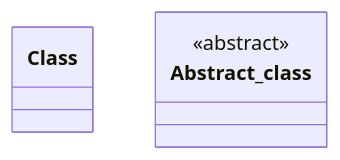
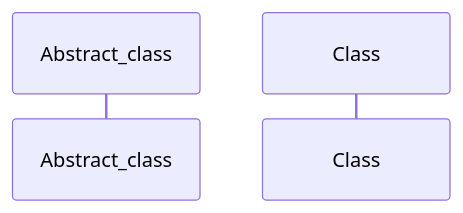
One commit to saiphanindra1010/arch_diagram_demo changed the diagram in mermade/untitled.md. Above: the diagram before and after it, drawn with Mermaid.

Commit message:
mermade: save Untitled

````diff
--- a/mermade/untitled.md
+++ b/mermade/untitled.md
@@ -3,8 +3,6 @@
 ```mermaid
-classDiagram
-  class Class
-  class Abstract_class {
-    <<abstract>>
-  }
-%% mermade:{"v":1,"diagramType":"class","nodes":{"Class":{"x":607.06640625,"y":292.28125,"w":220,"h":70,"kind":"class","members":[]},"Abstract_class":{"x":509.13671875,"y":520.66015625,"w":220,"h":70,"kind":"abstract","members":[],"stereotype":"abstract"}},"groups":{},"edges":{}}
+sequenceDiagram
+  participant Abstract_class
+  participant Class
+%% mermade:{"v":1,"diagramType":"sequence","nodes":{"Class":{"x":276,"y":40,"w":148,"h":48,"kind":"participant","members":[]},"Abstract_class":{"x":80,"y":40,"w":148,"h":48,"kind":"participant","members":[]}},"groups":{},"edges":{}}
 ```
````
